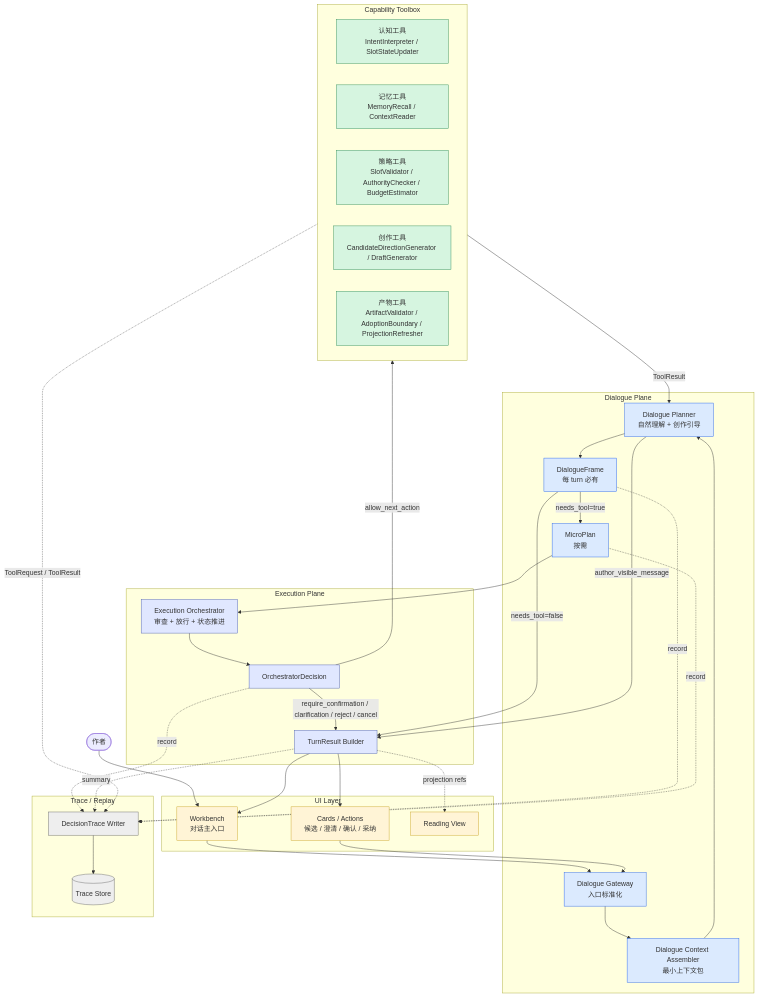
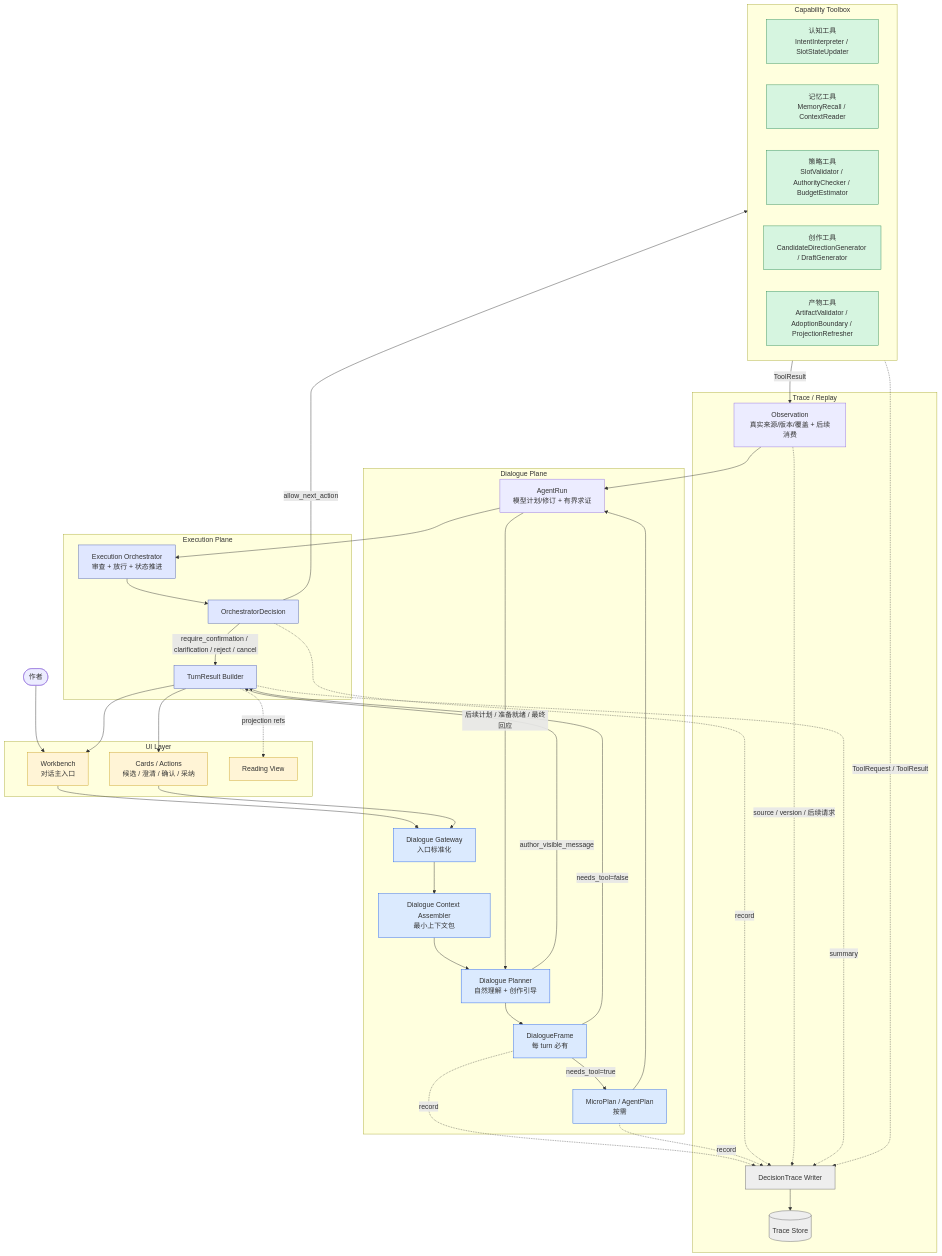
One commit to tongsh6/ai-novel-studio changed the second of 4 diagrams in docs/design/00d-runtime-architecture.md. Above: the diagram before and after it, drawn with Mermaid. The commit also changed other lines of this file and 33 other files, not shown here.

````diff
--- a/docs/design/00d-runtime-architecture.md
+++ b/docs/design/00d-runtime-architecture.md
@@ -103,74 +103,80 @@
 ```mermaid
 flowchart TB
     Author([作者])
 
     subgraph UI["UI Layer"]
         WB[Workbench<br/>对话主入口]
         Cards[Cards / Actions<br/>候选 / 澄清 / 确认 / 采纳]
         ReadUI[Reading View]
     end
 
     subgraph Dialogue["Dialogue Plane"]
         Gateway[Dialogue Gateway<br/>入口标准化]
         Ctx[Dialogue Context Assembler<br/>最小上下文包]
         Planner[Dialogue Planner<br/>自然理解 + 创作引导]
         Frame[DialogueFrame<br/>每 turn 必有]
-        Plan[MicroPlan<br/>按需]
+        Plan[MicroPlan / AgentPlan<br/>按需]
+        Run[AgentRun<br/>模型计划/修订 + 有界求证]
     end
 
     subgraph Execution["Execution Plane"]
         ExecOrch[Execution Orchestrator<br/>审查 + 放行 + 状态推进]
         Decision[OrchestratorDecision]
         TurnOut[TurnResult Builder]
     end
 
     subgraph Toolbox["Capability Toolbox"]
         Cognitive[认知工具<br/>IntentInterpreter / SlotStateUpdater]
         Memory[记忆工具<br/>MemoryRecall / ContextReader]
         Policy[策略工具<br/>SlotValidator / AuthorityChecker / BudgetEstimator]
         Creative[创作工具<br/>CandidateDirectionGenerator / DraftGenerator]
         Artifact[产物工具<br/>ArtifactValidator / AdoptionBoundary / ProjectionRefresher]
     end
 
     subgraph Trace["Trace / Replay"]
         TraceWriter[DecisionTrace Writer]
         TraceStore[(Trace Store)]
+        Observation[Observation<br/>真实来源/版本/覆盖 + 后续消费]
     end
 
     Author --> WB
     WB --> Gateway
     Cards --> Gateway
     Gateway --> Ctx
     Ctx --> Planner
     Planner --> Frame
     Frame -->|needs_tool=false| TurnOut
     Frame -->|needs_tool=true| Plan
-    Plan --> ExecOrch
+    Plan --> Run
+    Run --> ExecOrch
     ExecOrch --> Decision
     Decision -->|allow_next_action| Toolbox
     Decision -->|require_confirmation / clarification / reject / cancel| TurnOut
-    Toolbox -->|ToolResult| Planner
+    Toolbox -->|ToolResult| Observation
+    Observation --> Run
+    Run -->|后续计划 / 准备就绪 / 最终回应| Planner
     Planner -->|author_visible_message| TurnOut
     TurnOut --> WB
     TurnOut --> Cards
     TurnOut -. projection refs .-> ReadUI
 
     Frame -. record .-> TraceWriter
     Plan -. record .-> TraceWriter
     Decision -. record .-> TraceWriter
     Toolbox -. ToolRequest / ToolResult .-> TraceWriter
+    Observation -. source / version / 后续请求 .-> TraceWriter
     TurnOut -. summary .-> TraceWriter
     TraceWriter --> TraceStore
 
     classDef ui fill:#fff4d6,stroke:#c9a227
     classDef dialogue fill:#dbeafe,stroke:#2563eb
     classDef exec fill:#e0e7ff,stroke:#4a5db0
     classDef tools fill:#d6f5e0,stroke:#2e8b57
     classDef trace fill:#eeeeee,stroke:#666
 
     class WB,Cards,ReadUI ui
     class Gateway,Ctx,Planner,Frame,Plan dialogue
     class ExecOrch,Decision,TurnOut exec
     class Cognitive,Memory,Policy,Creative,Artifact tools
     class TraceWriter,TraceStore trace
 ```
````
